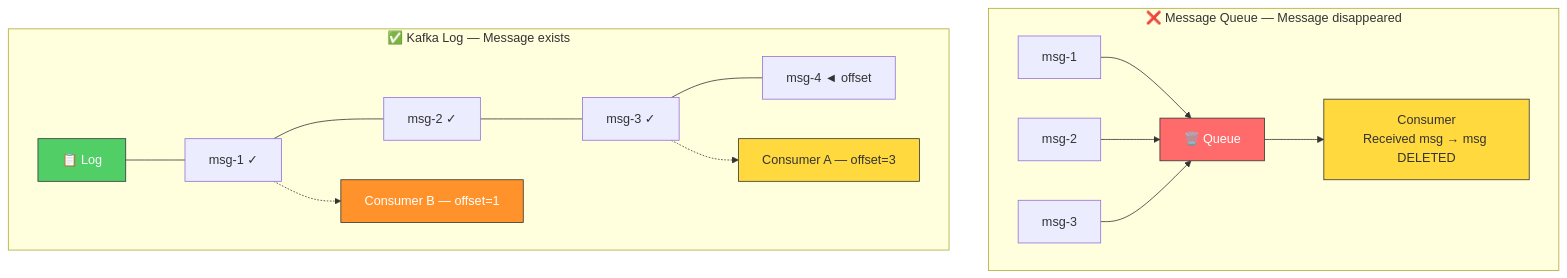
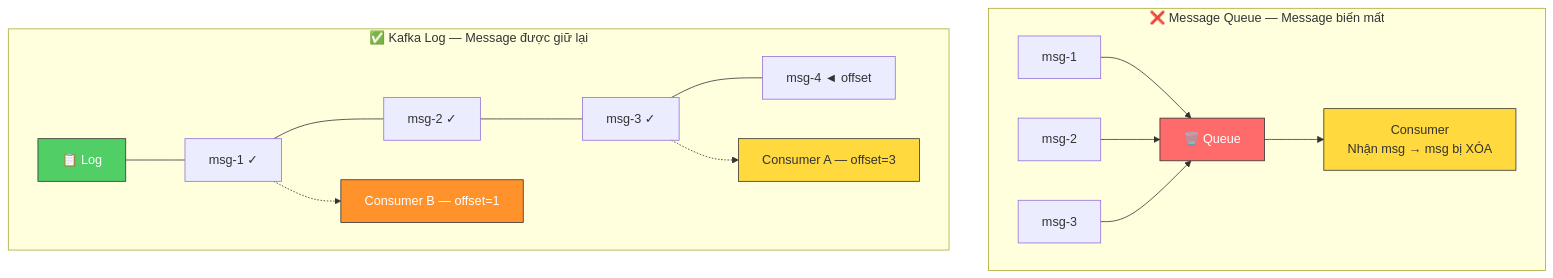
One commit to quan-vo-dinh/saas-pos-microservices-qrtable changed the seventh of 38 diagrams in docs/guides/kafka-qrtable.md. Above: the diagram before and after it, drawn with Mermaid. The commit also changed other lines of this file and 62 other files, not shown here.

````diff
--- a/docs/guides/kafka-qrtable.md
+++ b/docs/guides/kafka-qrtable.md
@@ -287,26 +286,26 @@
 ```mermaid
 graph TB
-subgraph "❌ Message Queue — Message disappeared"
+subgraph "❌ Message Queue — Message biến mất"
         Q["🗑️ Queue"]
         QM1["msg-1"] --> Q
         QM2["msg-2"] --> Q
         QM3["msg-3"] --> Q
-Q --> QC["Consumer<br/>Received msg → msg DELETED"]
+Q --> QC["Consumer<br/>Nhận msg → msg bị XÓA"]
     end
 
-subgraph "✅ Kafka Log — Message exists"
+subgraph "✅ Kafka Log — Message được giữ lại"
         L["📋 Log"]
         LM1["msg-1 ✓"] --- LM2["msg-2 ✓"] --- LM3["msg-3 ✓"] --- LM4["msg-4 ◄ offset"]
         L --- LM1
         LC1["Consumer A — offset=3"]
         LC2["Consumer B — offset=1"]
         LM3 -.-> LC1
         LM1 -.-> LC2
     end
 
     style Q fill:#ff6b6b,stroke:#333,color:#fff
     style L fill:#51cf66,stroke:#333,color:#fff
     style QC fill:#ffd93d,stroke:#333,color:#333
     style LC1 fill:#ffd93d,stroke:#333,color:#333
     style LC2 fill:#ff922b,stroke:#333,color:#fff
 ```
````
